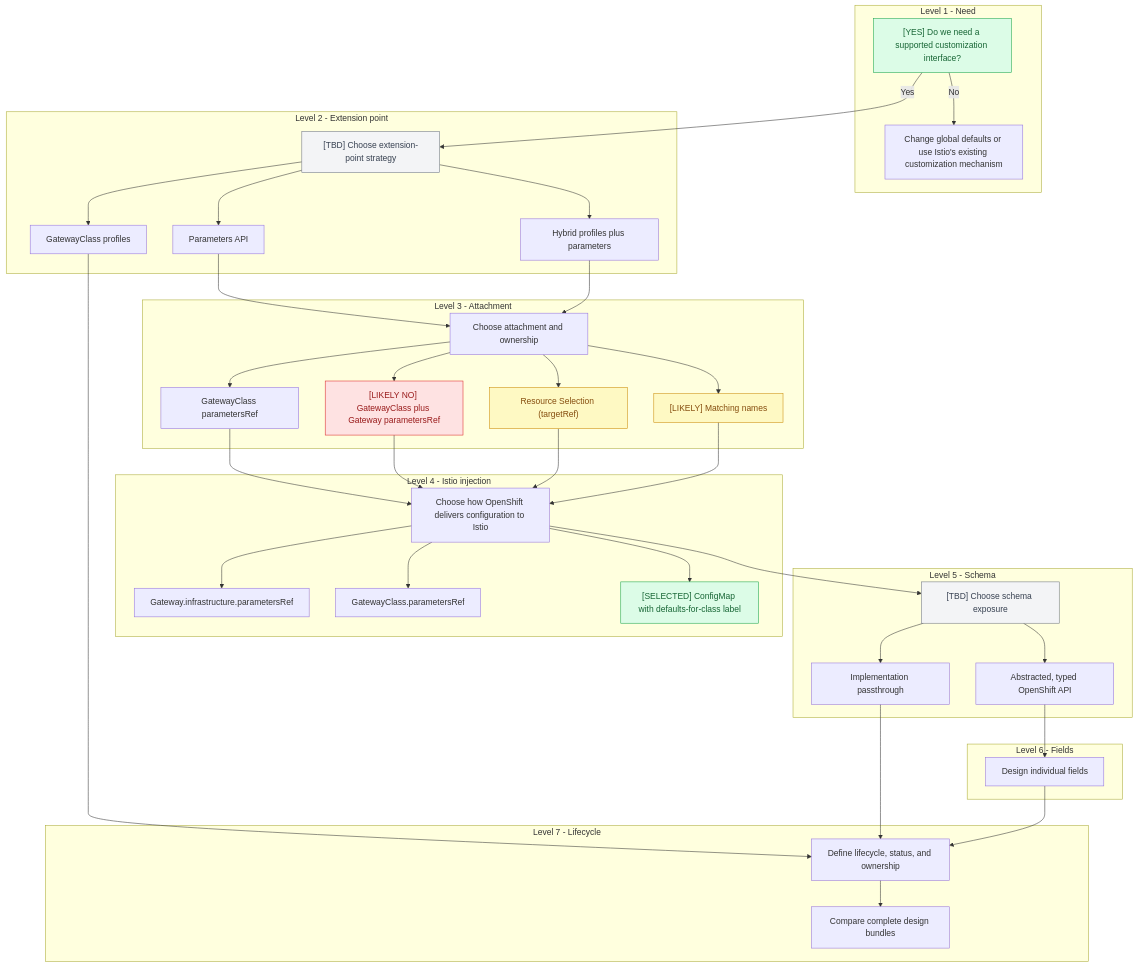
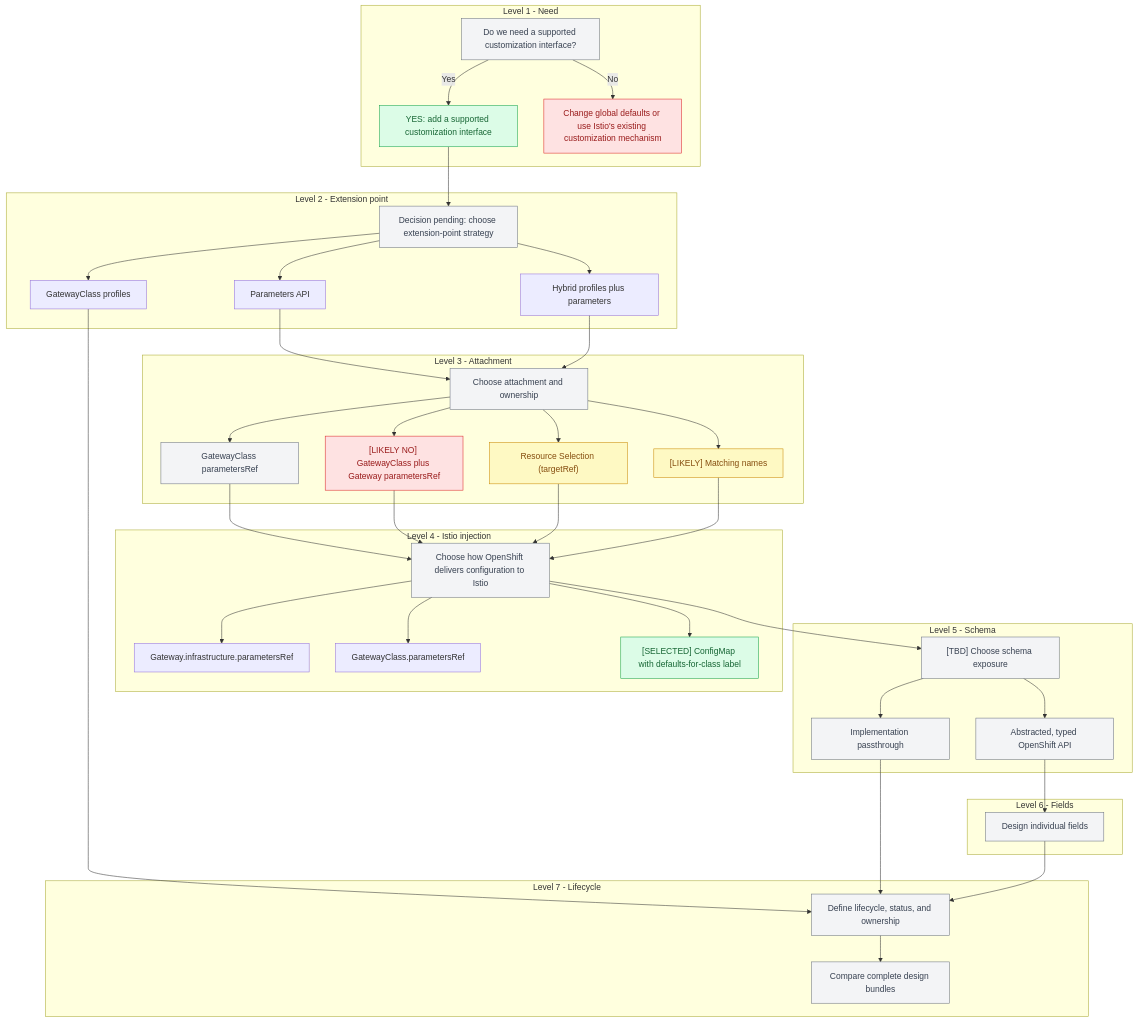
Before and after one commit to gcs278/cluster-ingress-operator: the diagram in docs/gateway-customization/decision-framework.md, drawn with Mermaid.

Commit message:
Show decision answers after question nodes

````diff
--- a/docs/gateway-customization/decision-framework.md
+++ b/docs/gateway-customization/decision-framework.md
@@ -7,13 +7,15 @@
 ```mermaid
 flowchart TD
     subgraph L1[Level 1 - Need]
-        A["[YES] Do we need a supported customization interface?"]
+        A["Do we need a supported customization interface?"]
+        Y["YES: add a supported customization interface"]
         B["Change global defaults or use Istio's existing customization mechanism"]
+        A -->|Yes| Y
         A -->|No| B
     end
 
     subgraph L2[Level 2 - Extension point]
-        C["[TBD] Choose extension-point strategy"]
+        C["Decision pending: choose extension-point strategy"]
         D["Parameters API"]
         E["GatewayClass profiles"]
         F["Hybrid profiles plus parameters"]
@@ -62,7 +64,7 @@
         N --> O
     end
 
-    A -->|Yes| C
+    Y --> C
     D --> G
     F --> G
     E --> N
@@ -80,8 +82,8 @@
     classDef no fill:#fee2e2,stroke:#dc2626,color:#991b1b
     classDef tbd fill:#f3f4f6,stroke:#6b7280,color:#374151
 
-    class A,X3 yes
+    class Y,X3 yes
     class R,M1 likely
-    class T no
-    class C,I tbd
+    class T,B no
+    class A,C,G,H,X,I,J,K,M,N,O tbd
 ```
````
